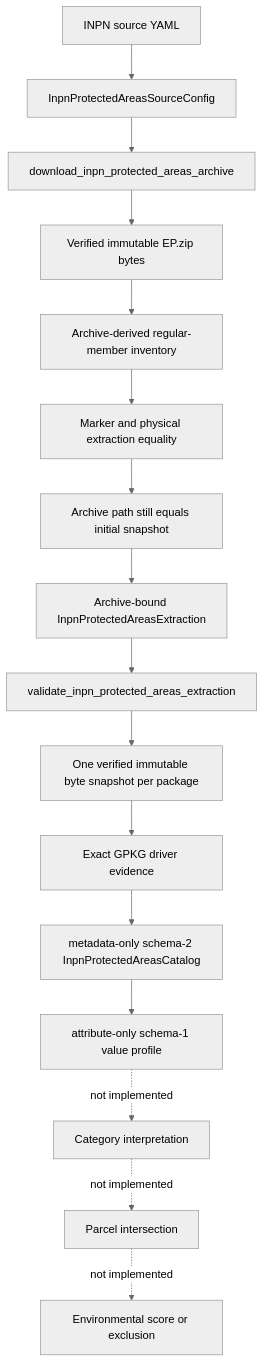
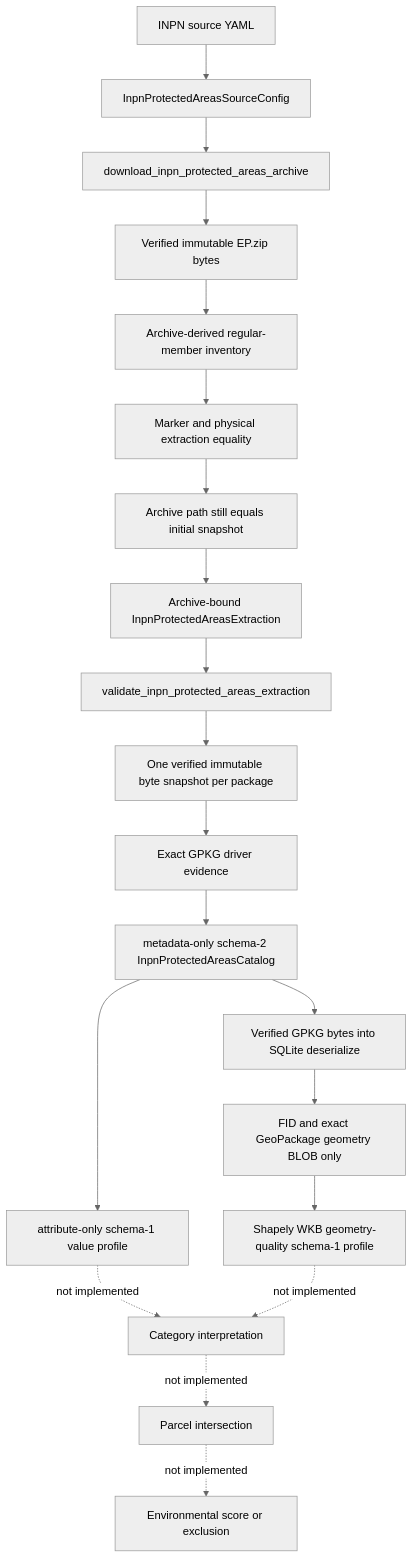
The diagram in docs/code/ENVIRONMENT_PIPELINE.md (hmsouhaib/landscout-ai), drawn with Mermaid (neutral theme) before and after one commit. The commit also changed other lines of this file and 13 other files, not shown here.

````diff
--- a/docs/code/ENVIRONMENT_PIPELINE.md
+++ b/docs/code/ENVIRONMENT_PIPELINE.md
@@ -7,18 +7,22 @@
 ```mermaid
 flowchart TD
     Yaml[INPN source YAML] --> Config[InpnProtectedAreasSourceConfig]
     Config --> Download[download_inpn_protected_areas_archive]
     Download --> Bytes[Verified immutable EP.zip bytes]
     Bytes --> Members[Archive-derived regular-member inventory]
     Members --> Extract[Marker and physical extraction equality]
     Extract --> ArchivePostcondition[Archive path still equals initial snapshot]
     ArchivePostcondition --> Inventory[Archive-bound InpnProtectedAreasExtraction]
     Inventory --> Revalidate[validate_inpn_protected_areas_extraction]
     Revalidate --> PackageBytes[One verified immutable byte snapshot per package]
     PackageBytes --> Driver[Exact GPKG driver evidence]
     Driver --> Catalog[metadata-only schema-2 InpnProtectedAreasCatalog]
     Catalog --> Attributes[attribute-only schema-1 value profile]
+    Catalog --> SQLite[Verified GPKG bytes into SQLite deserialize]
+    SQLite --> Blobs[FID and exact GeoPackage geometry BLOB only]
+    Blobs --> Geometry[Shapely WKB geometry-quality schema-1 profile]
     Attributes -. not implemented .-> Semantics[Category interpretation]
+    Geometry -. not implemented .-> Semantics
     Semantics -. not implemented .-> Overlay[Parcel intersection]
     Overlay -. not implemented .-> Decision[Environmental score or exclusion]
 ```
````
